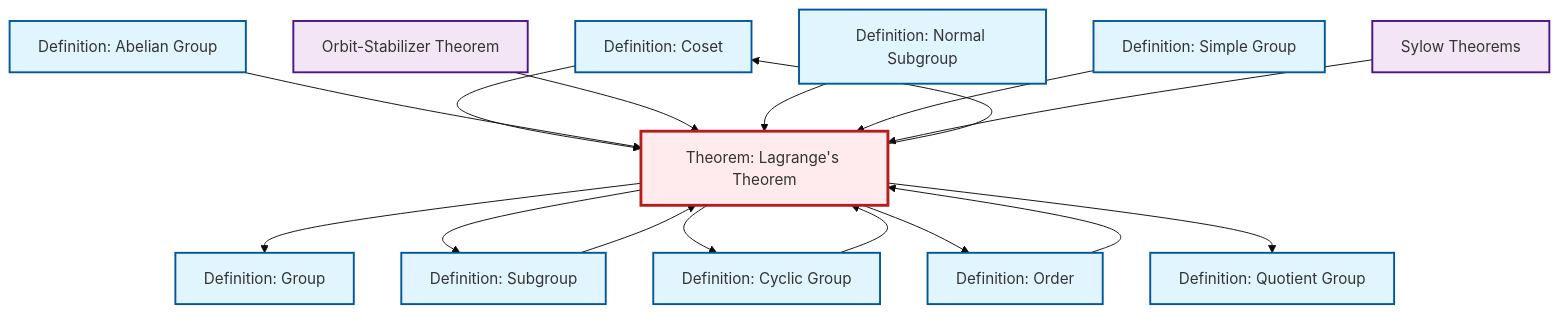
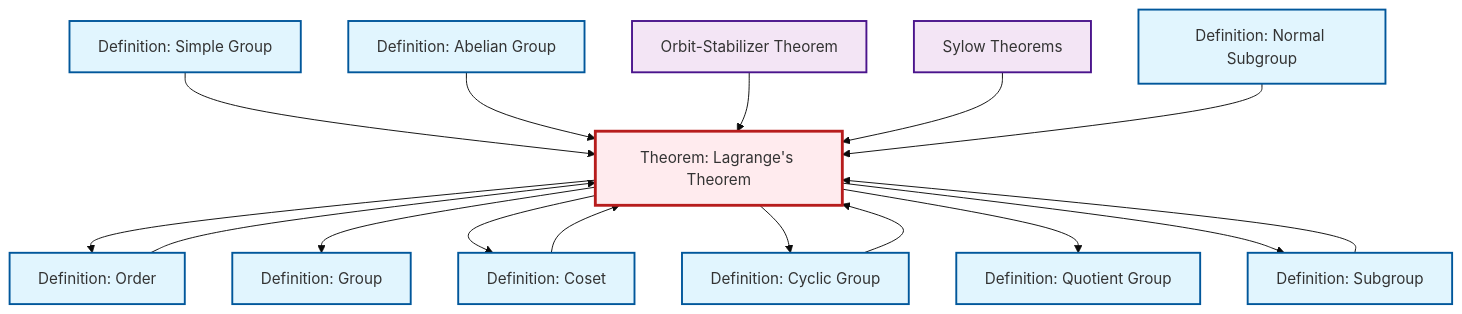
Before and after one commit to RK0429/ModernMath: the diagram in content/ja/algebra/thm-lagrange.qmd, drawn with Mermaid (base theme). The commit also changed other lines of this file and 581 other files, not shown here.

````diff
--- a/content/ja/algebra/thm-lagrange.qmd
+++ b/content/ja/algebra/thm-lagrange.qmd
@@ -55,48 +55,48 @@
 ```{mermaid}
 %%| fig-cap: "Local dependency graph"
 graph TD
     classDef definition fill:#e1f5fe,stroke:#01579b,stroke-width:2px
     classDef theorem fill:#f3e5f5,stroke:#4a148c,stroke-width:2px
     classDef axiom fill:#fff3e0,stroke:#e65100,stroke-width:2px
     classDef example fill:#e8f5e9,stroke:#1b5e20,stroke-width:2px
     classDef current fill:#ffebee,stroke:#b71c1c,stroke-width:3px
+    def-simple-group["Definition: Simple Group"]:::definition
+    def-subgroup["Definition: Subgroup"]:::definition
+    thm-sylow["Sylow Theorems"]:::theorem
+    def-order["Definition: Order"]:::definition
+    thm-orbit-stabilizer["Orbit-Stabilizer Theorem"]:::theorem
+    def-quotient-group["Definition: Quotient Group"]:::definition
+    thm-lagrange["Theorem: Lagrange's Theorem"]:::theorem
+    def-abelian-group["Definition: Abelian Group"]:::definition
+    def-coset["Definition: Coset"]:::definition
+    def-cyclic-group["Definition: Cyclic Group"]:::definition
     def-group["Definition: Group"]:::definition
-    def-coset["Definition: Coset"]:::definition
-    thm-sylow["Sylow Theorems"]:::theorem
-    thm-lagrange["Theorem: Lagrange's Theorem"]:::theorem
-    def-cyclic-group["Definition: Cyclic Group"]:::definition
-    def-quotient-group["Definition: Quotient Group"]:::definition
-    def-subgroup["Definition: Subgroup"]:::definition
-    thm-orbit-stabilizer["Orbit-Stabilizer Theorem"]:::theorem
-    def-order["Definition: Order"]:::definition
-    def-simple-group["Definition: Simple Group"]:::definition
-    def-abelian-group["Definition: Abelian Group"]:::definition
     def-normal-subgroup["Definition: Normal Subgroup"]:::definition
+    def-simple-group --> thm-lagrange
+    thm-lagrange --> def-order
+    def-abelian-group --> thm-lagrange
+    def-order --> thm-lagrange
     thm-lagrange --> def-group
-    thm-lagrange --> def-subgroup
+    thm-orbit-stabilizer --> thm-lagrange
+    thm-lagrange --> def-coset
+    thm-sylow --> thm-lagrange
     def-coset --> thm-lagrange
     def-cyclic-group --> thm-lagrange
-    def-abelian-group --> thm-lagrange
-    thm-orbit-stabilizer --> thm-lagrange
     def-normal-subgroup --> thm-lagrange
-    thm-lagrange --> def-coset
-    def-simple-group --> thm-lagrange
     thm-lagrange --> def-cyclic-group
-    thm-lagrange --> def-order
+    def-subgroup --> thm-lagrange
     thm-lagrange --> def-quotient-group
-    thm-sylow --> thm-lagrange
-    def-subgroup --> thm-lagrange
-    def-order --> thm-lagrange
+    thm-lagrange --> def-subgroup
     class thm-lagrange current
+    click def-simple-group "def-simple-group.html" "Definition: Simple Groupへ"
+    click def-subgroup "def-subgroup.html" "Definition: Subgroupへ"
+    click thm-sylow "thm-sylow.html" "Sylow Theoremsへ"
+    click def-order "def-order.html" "Definition: Orderへ"
+    click thm-orbit-stabilizer "thm-orbit-stabilizer.html" "Orbit-Stabilizer Theoremへ"
+    click def-quotient-group "def-quotient-group.html" "Definition: Quotient Groupへ"
+    click def-abelian-group "def-abelian-group.html" "Definition: Abelian Groupへ"
+    click def-coset "def-coset.html" "Definition: Cosetへ"
+    click def-cyclic-group "def-cyclic-group.html" "Definition: Cyclic Groupへ"
     click def-group "def-group.html" "Definition: Groupへ"
-    click def-coset "def-coset.html" "Definition: Cosetへ"
-    click thm-sylow "thm-sylow.html" "Sylow Theoremsへ"
-    click def-cyclic-group "def-cyclic-group.html" "Definition: Cyclic Groupへ"
-    click def-quotient-group "def-quotient-group.html" "Definition: Quotient Groupへ"
-    click def-subgroup "def-subgroup.html" "Definition: Subgroupへ"
-    click thm-orbit-stabilizer "thm-orbit-stabilizer.html" "Orbit-Stabilizer Theoremへ"
-    click def-order "def-order.html" "Definition: Orderへ"
-    click def-simple-group "def-simple-group.html" "Definition: Simple Groupへ"
-    click def-abelian-group "def-abelian-group.html" "Definition: Abelian Groupへ"
     click def-normal-subgroup "def-normal-subgroup.html" "Definition: Normal Subgroupへ"
 ```
````
